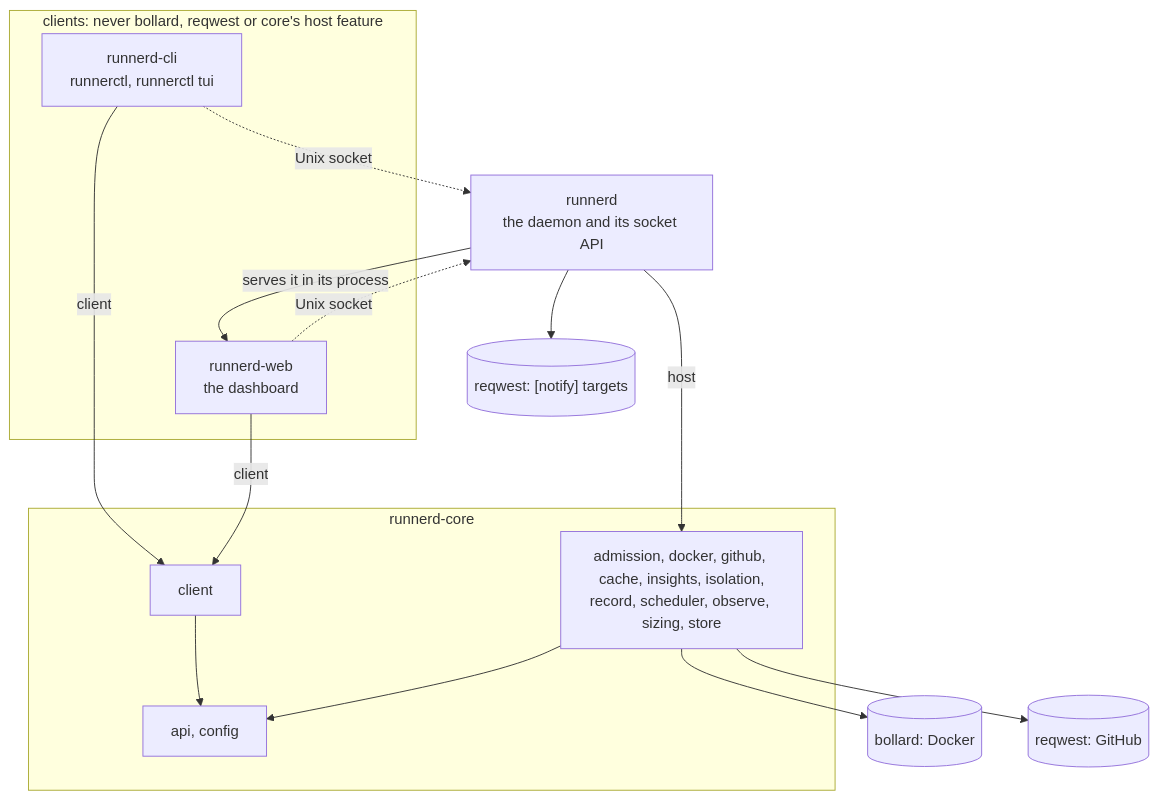
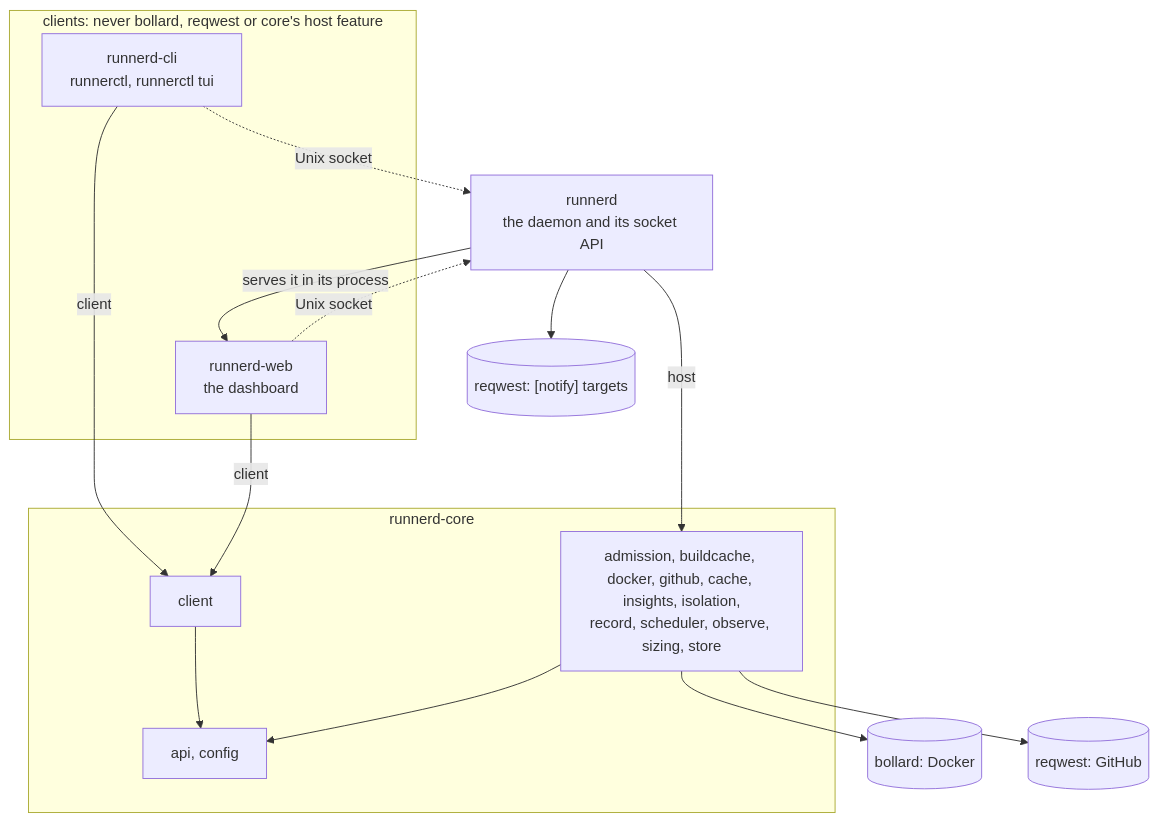
Before and after one commit to ayagmar/runnerd: the diagram in ARCHITECTURE.md, drawn with Mermaid. The commit also changed other lines of this file and 6 other files, not shown here.

Commit message:
docs: the shared build cache in running, configuration, insights and ARCHITECTURE

````diff
--- a/ARCHITECTURE.md
+++ b/ARCHITECTURE.md
@@ -9,24 +9,24 @@
 ```mermaid
 flowchart TB
     subgraph clients["clients: never bollard, reqwest or core's host feature"]
         cli["runnerd-cli<br/>runnerctl, runnerctl tui"]
         web["runnerd-web<br/>the dashboard"]
     end
     daemon["runnerd<br/>the daemon and its socket API"]
     subgraph core["runnerd-core"]
         types["api, config"]
         client["client"]
-        host["admission, docker, github, cache, insights, isolation,<br/>record, scheduler, observe, sizing, store"]
+        host["admission, buildcache, docker, github, cache, insights, isolation,<br/>record, scheduler, observe, sizing, store"]
     end
     daemon -->|host| host
     daemon -->|"serves it in its process"| web
     cli -->|client| client
     web -->|client| client
     client --> types
     host --> types
     host --> bollard[("bollard: Docker")]
     host --> reqwest[("reqwest: GitHub")]
     daemon --> notify[("reqwest: [notify] targets")]
     cli -.->|Unix socket| daemon
     web -.->|Unix socket| daemon
 ```
````
